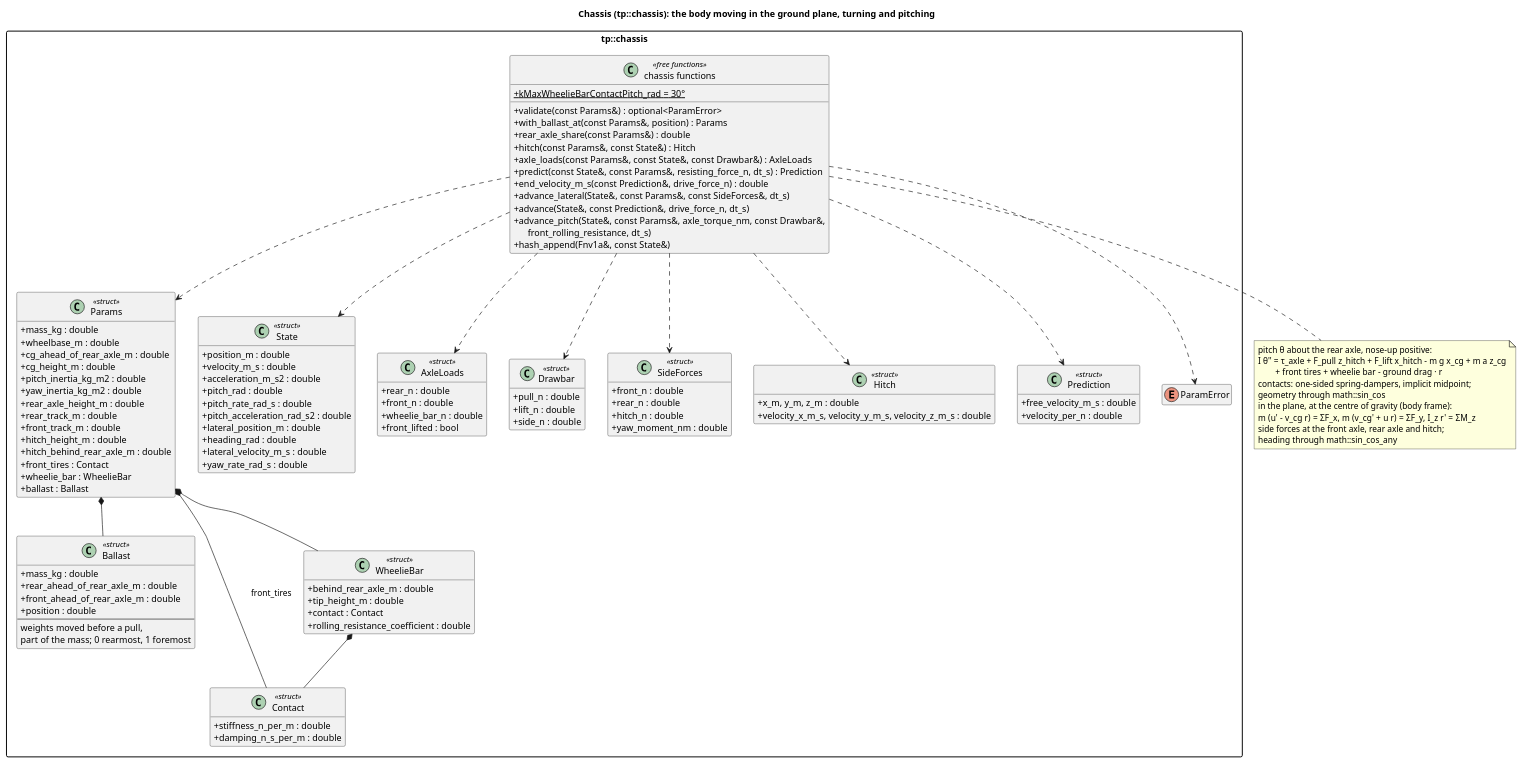
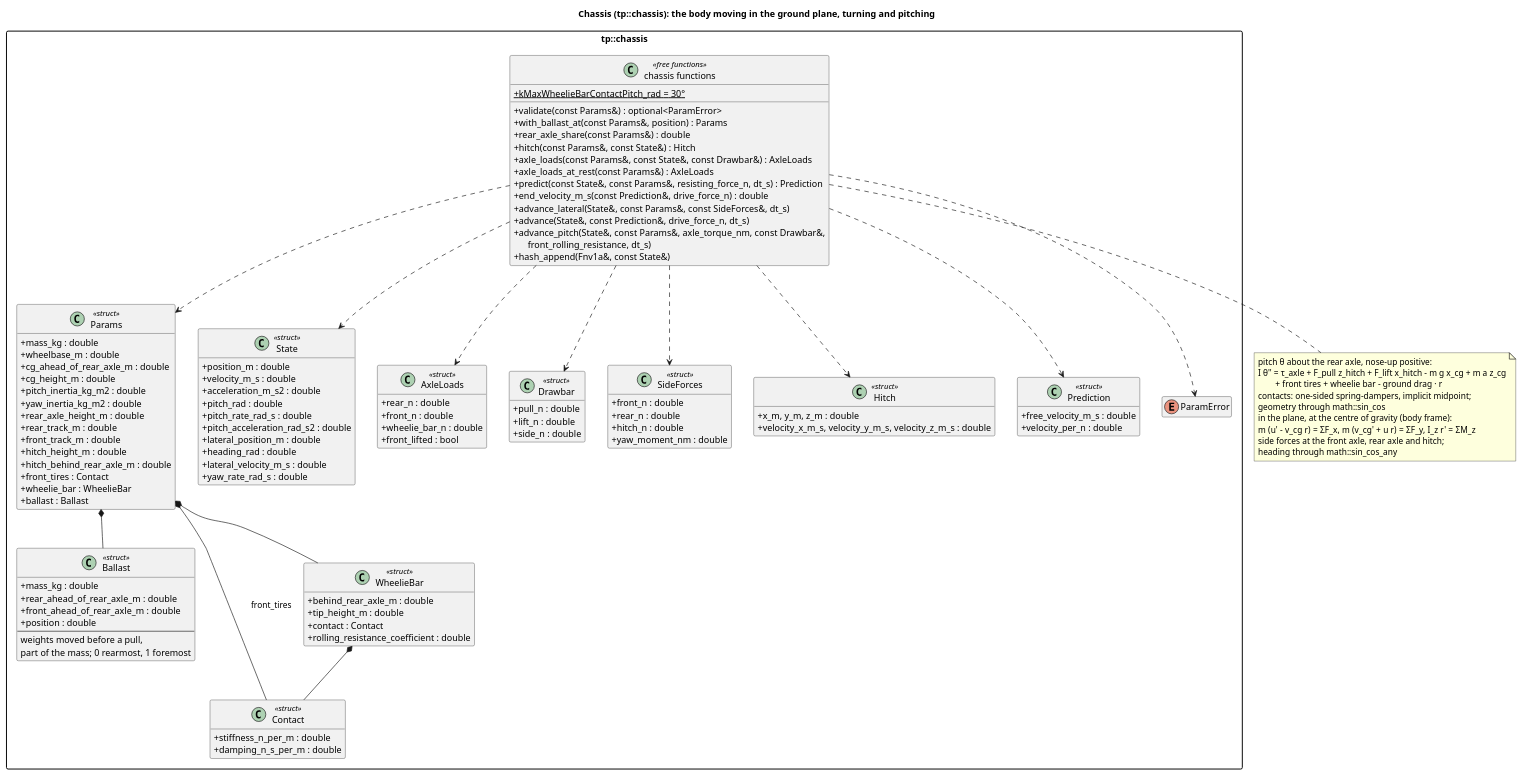
One commit to wversteeg/TractorPulling changed the diagram in docs/diagrams/chassis_classes.puml. Above: the diagram before and after it, drawn with PlantUML. The commit also changed 13 other files, not shown here.

First line of the commit message:
Review: the wheels' inertia was already on the axle; keep one rest-load formula

```diff
--- a/docs/diagrams/chassis_classes.puml
+++ b/docs/diagrams/chassis_classes.puml
@@ -1,119 +1,120 @@
 @startuml chassis_classes
 title Chassis (tp::chassis): the body moving in the ground plane, turning and pitching
 hide empty members
 skinparam packageStyle rectangle
 skinparam classAttributeIconSize 0
 
 package "tp::chassis" {
   class Params <<struct>> {
     +mass_kg : double
     +wheelbase_m : double
     +cg_ahead_of_rear_axle_m : double
     +cg_height_m : double
     +pitch_inertia_kg_m2 : double
     +yaw_inertia_kg_m2 : double
     +rear_axle_height_m : double
     +rear_track_m : double
     +front_track_m : double
     +hitch_height_m : double
     +hitch_behind_rear_axle_m : double
     +front_tires : Contact
     +wheelie_bar : WheelieBar
     +ballast : Ballast
   }
   class Ballast <<struct>> {
     +mass_kg : double
     +rear_ahead_of_rear_axle_m : double
     +front_ahead_of_rear_axle_m : double
     +position : double
     --
     weights moved before a pull,
     part of the mass; 0 rearmost, 1 foremost
   }
   class Contact <<struct>> {
     +stiffness_n_per_m : double
     +damping_n_s_per_m : double
   }
   class WheelieBar <<struct>> {
     +behind_rear_axle_m : double
     +tip_height_m : double
     +contact : Contact
     +rolling_resistance_coefficient : double
   }
   class State <<struct>> {
     +position_m : double
     +velocity_m_s : double
     +acceleration_m_s2 : double
     +pitch_rad : double
     +pitch_rate_rad_s : double
     +pitch_acceleration_rad_s2 : double
     +lateral_position_m : double
     +heading_rad : double
     +lateral_velocity_m_s : double
     +yaw_rate_rad_s : double
   }
   class AxleLoads <<struct>> {
     +rear_n : double
     +front_n : double
     +wheelie_bar_n : double
     +front_lifted : bool
   }
   class Drawbar <<struct>> {
     +pull_n : double
     +lift_n : double
     +side_n : double
   }
   class SideForces <<struct>> {
     +front_n : double
     +rear_n : double
     +hitch_n : double
     +yaw_moment_nm : double
   }
   class Hitch <<struct>> {
     +x_m, y_m, z_m : double
     +velocity_x_m_s, velocity_y_m_s, velocity_z_m_s : double
   }
   class Prediction <<struct>> {
     +free_velocity_m_s : double
     +velocity_per_n : double
   }
   enum ParamError
   class "chassis functions" as ChassisFns <<free functions>> {
     +{static} kMaxWheelieBarContactPitch_rad = 30°
     +validate(const Params&) : optional<ParamError>
     +with_ballast_at(const Params&, position) : Params
     +rear_axle_share(const Params&) : double
     +hitch(const Params&, const State&) : Hitch
     +axle_loads(const Params&, const State&, const Drawbar&) : AxleLoads
+    +axle_loads_at_rest(const Params&) : AxleLoads
     +predict(const State&, const Params&, resisting_force_n, dt_s) : Prediction
     +end_velocity_m_s(const Prediction&, drive_force_n) : double
     +advance_lateral(State&, const Params&, const SideForces&, dt_s)
     +advance(State&, const Prediction&, drive_force_n, dt_s)
     +advance_pitch(State&, const Params&, axle_torque_nm, const Drawbar&,\n      front_rolling_resistance, dt_s)
     +hash_append(Fnv1a&, const State&)
   }
   Params *-- Contact : front_tires
   Params *-- WheelieBar
   Params *-- Ballast
   WheelieBar *-- Contact
   ChassisFns ..> Params
   ChassisFns ..> State
   ChassisFns ..> AxleLoads
   ChassisFns ..> Prediction
   ChassisFns ..> Drawbar
   ChassisFns ..> Hitch
   ChassisFns ..> SideForces
   ChassisFns ..> ParamError
 }
 note bottom of ChassisFns
   pitch θ about the rear axle, nose-up positive:
   I θ'' = τ_axle + F_pull z_hitch + F_lift x_hitch - m g x_cg + m a z_cg
           + front tires + wheelie bar - ground drag · r
   contacts: one-sided spring-dampers, implicit midpoint;
   geometry through math::sin_cos
   in the plane, at the centre of gravity (body frame):
   m (u' - v_cg r) = ΣF_x,  m (v_cg' + u r) = ΣF_y,  I_z r' = ΣM_z
   side forces at the front axle, rear axle and hitch;
   heading through math::sin_cos_any
 end note
 @enduml
```
